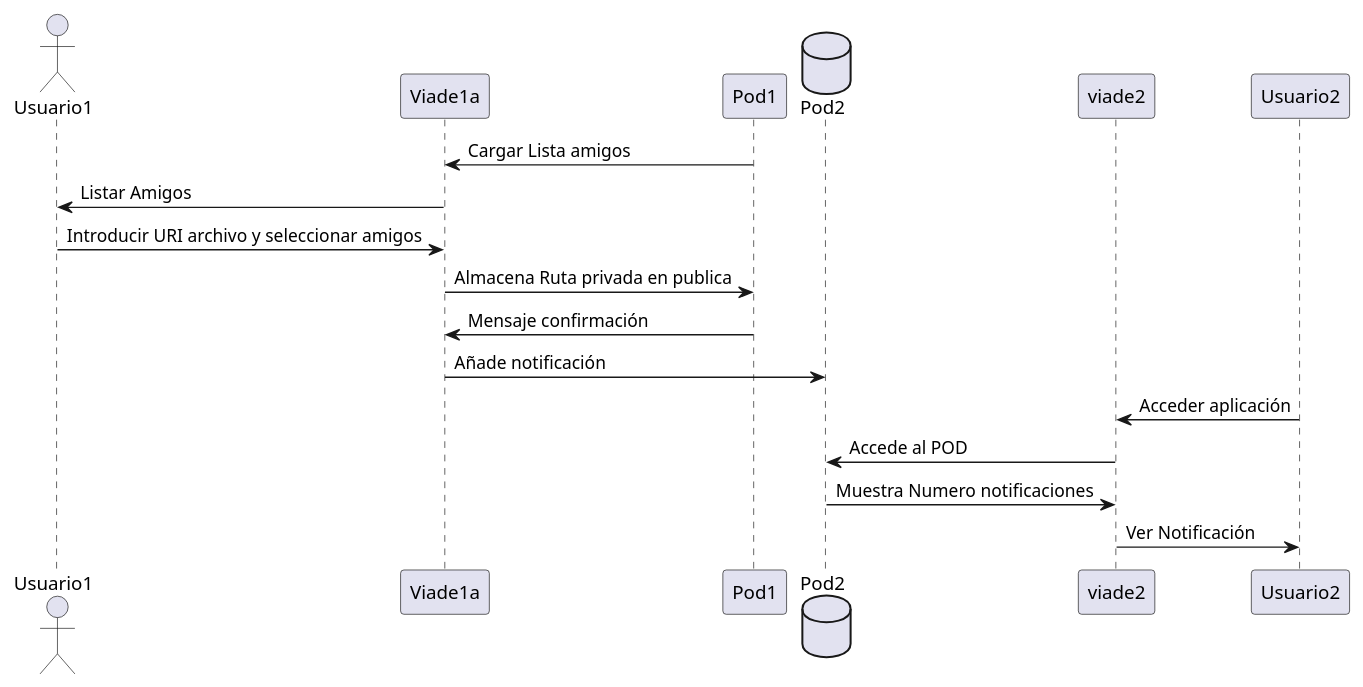
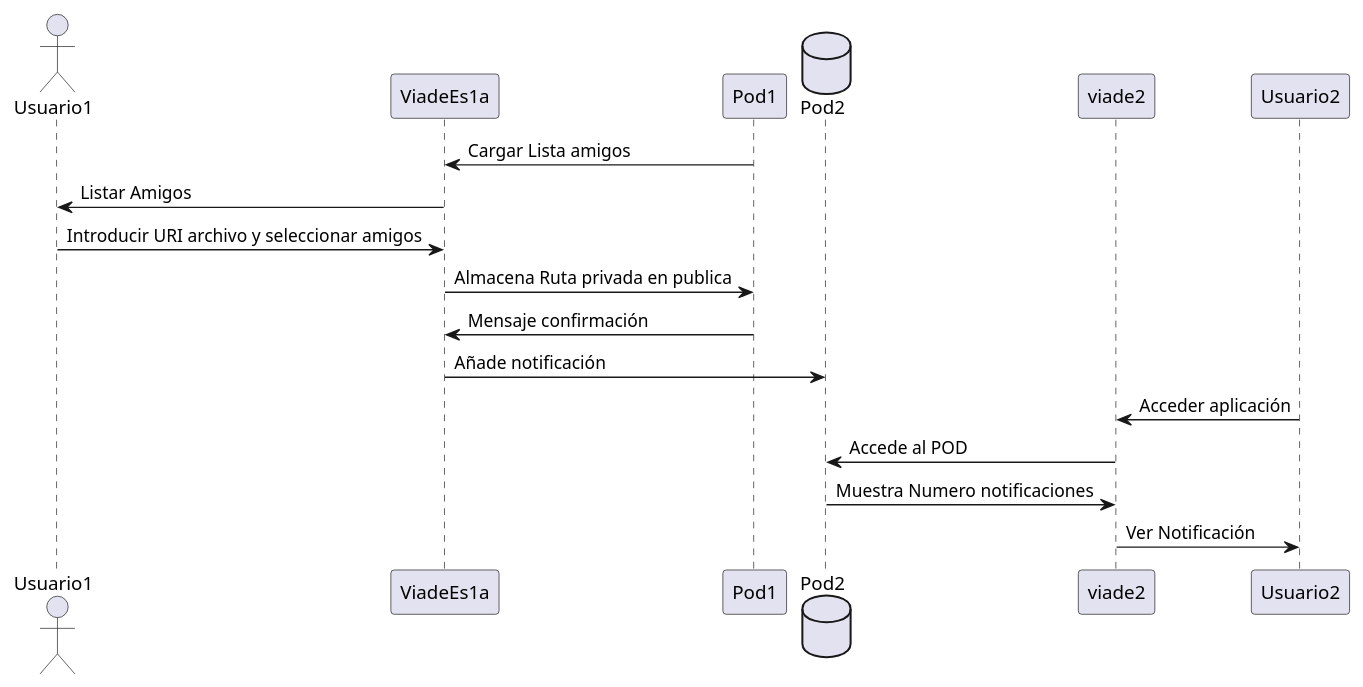
One commit to Arquisoft/viade_es1a changed the fourth of 4 diagrams in src/docs/06_runtime_view.adoc. Above: the diagram before and after it, drawn with PlantUML. The commit also changed other lines of this file, not shown here.

Commit message:
Corregido diagrama 6.1

```diff
--- a/src/docs/06_runtime_view.adoc
+++ b/src/docs/06_runtime_view.adoc
@@ -56,23 +59,23 @@
 [plantuml,compartir arhivos,png]
 ----
 actor Usuario1
 
-Pod1 -> Viade1a :Cargar Lista amigos
-Viade1a -> Usuario1:Listar Amigos
-Usuario1 -> Viade1a:Introducir URI archivo y seleccionar amigos
+Pod1 -> ViadeEs1a :Cargar Lista amigos
+ViadeEs1a -> Usuario1:Listar Amigos
+Usuario1 -> ViadeEs1a:Introducir URI archivo y seleccionar amigos
 database Pod1
 
-Viade1a -> Pod1:Almacena Ruta privada en publica
-Pod1 -> Viade1a:Mensaje confirmación
+ViadeEs1a -> Pod1:Almacena Ruta privada en publica
+Pod1 -> ViadeEs1a:Mensaje confirmación
 
 database Pod2
-Viade1a -> Pod2:Añade notificación
+ViadeEs1a -> Pod2:Añade notificación
 viade2 <- Usuario2: Acceder aplicación
 Pod2 <- viade2:Accede al POD
 
 viade2 <- Pod2: Muestra Numero notificaciones
 actor Usuario2
 viade2 -> Usuario2: Ver Notificación
 
 @enduml
 ----
```
